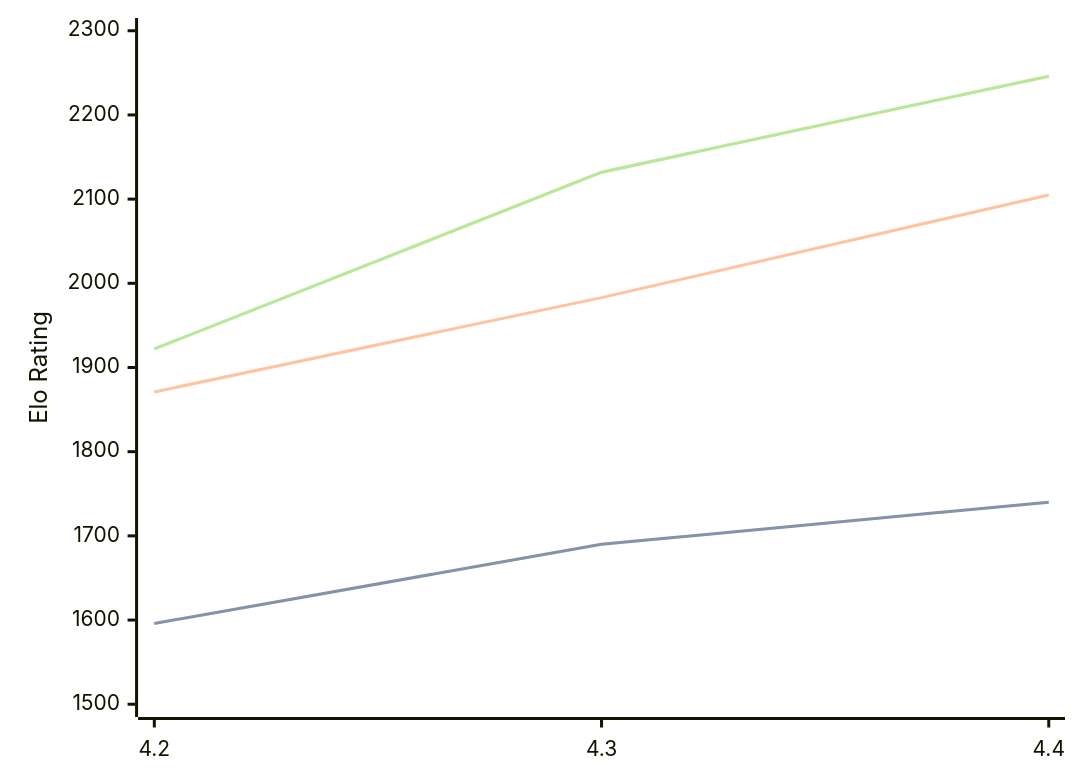
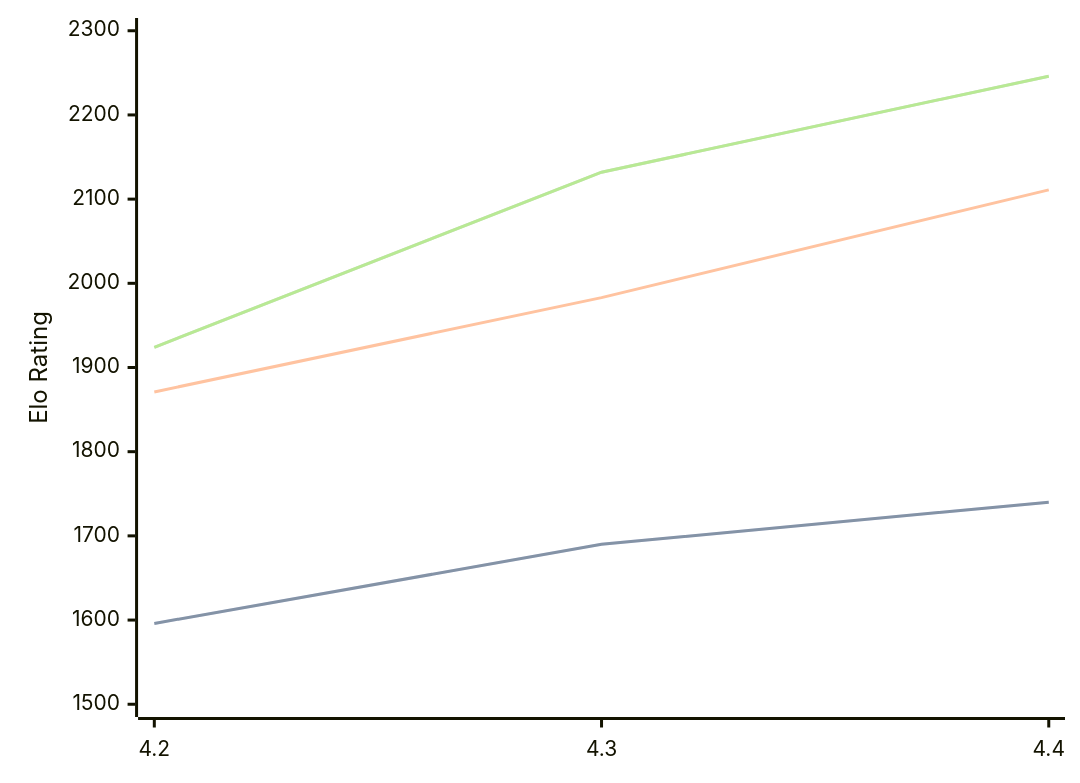
The diagram in engines/Radiance.md (computer-chess-index/cci), drawn with Mermaid before and after one commit. The commit also changed other lines of this file, not shown here.

Commit message:
Update CCI Ratings (ELO VLTC) - 2026-04-29

````diff
--- a/engines/Radiance.md
+++ b/engines/Radiance.md
@@ -36,11 +36,11 @@
 ```mermaid
 %%{init: {"theme":"base","themeVariables":{"seriesColors:['#a3a3a3','#222221','#faa371']}}}%%
 xychart-beta
   x-axis ["4.2", "4.3", "4.4"]
   y-axis "Elo Rating" 1500 --> 2300
   line "STC (8.0+0.08s)" [1596, 1690, 1740]
   line "STC (8.0+0.08s)" [1596, 1690, 1740]
-  line "LTC (60.0+0.60s)" [1871, 1983, 2105]
-  line "VLTC (2m24s+1.12s)" [1922, 2132, 2246]
-  line "VLTC (2m24s+1.12s)" [1922, 2132, 2246]
+  line "LTC (60.0+0.60s)" [1871, 1983, 2111]
+  line "VLTC (2m24s+1.12s)" [1924, 2132, 2246]
+  line "VLTC (2m24s+1.12s)" [1924, 2132, 2246]
 ```
````
